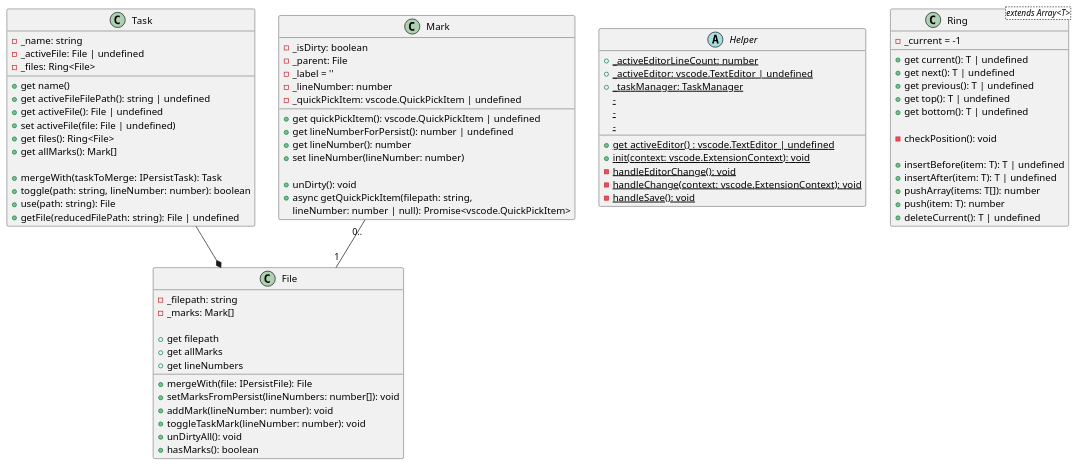
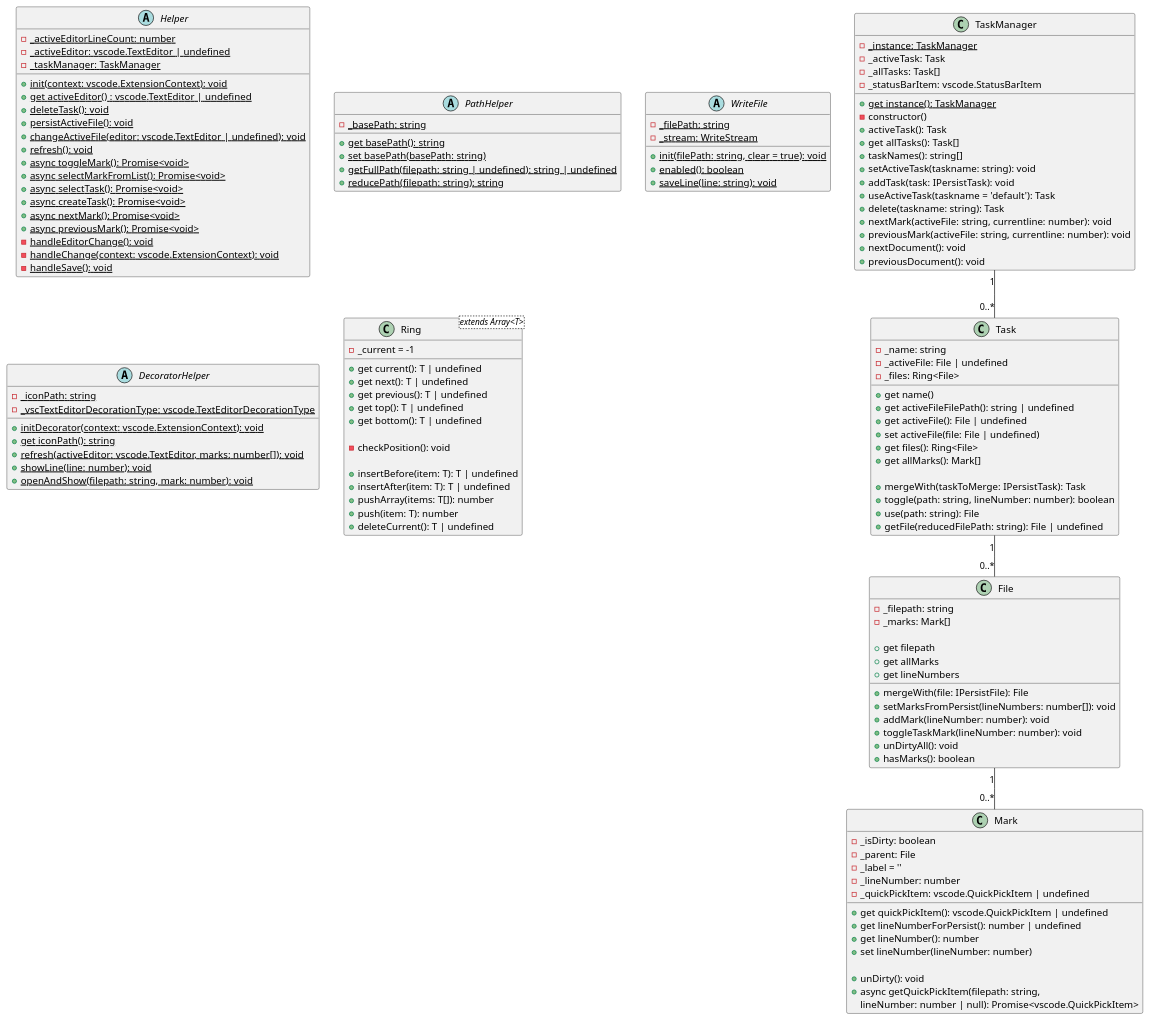
One commit to norbertK/taskmarks changed the diagram in docu/inMemory.puml. Above: the diagram before and after it, drawn with PlantUML. The commit also changed other lines of this file and 8 other files, not shown here.

```diff
--- a/docu/inMemory.puml
+++ b/docu/inMemory.puml
@@ -21,92 +3,146 @@
 @startuml
+
+class TaskManager {
+    -{static}_instance: TaskManager
+    +{static}get instance(): TaskManager
+    -constructor()
+ -_activeTask: Task
+ -_allTasks: Task[]
+ -_statusBarItem: vscode.StatusBarItem
+
+ +activeTask(): Task
+ +get allTasks(): Task[]
+ +taskNames(): string[]
+ +setActiveTask(taskname: string): void
+ +addTask(task: IPersistTask): void
+ +useActiveTask(taskname = 'default'): Task
+ +delete(taskname: string): Task
+ +nextMark(activeFile: string, currentline: number): void
+ +previousMark(activeFile: string, currentline: number): void
+ +nextDocument(): void
+ +previousDocument(): void
+}
 
 class Task {
  -_name: string
  -_activeFile: File | undefined
  -_files: Ring<File>
 
  +get name()
  +get activeFileFilePath(): string | undefined
  +get activeFile(): File | undefined
  +set activeFile(file: File | undefined)
  +get files(): Ring<File>
  +get allMarks(): Mark[] 
 
  +mergeWith(taskToMerge: IPersistTask): Task
  +toggle(path: string, lineNumber: number): boolean
  +use(path: string): File
  +getFile(reducedFilePath: string): File | undefined
 }
 
 abstract class Helper{
-    +{static}_activeEditorLineCount: number
-    +{static}_activeEditor: vscode.TextEditor | undefined
-    +{static}_taskManager: TaskManager
+    -{static}_activeEditorLineCount: number
+    -{static}_activeEditor: vscode.TextEditor | undefined
+    -{static}_taskManager: TaskManager
+    +{static}init(context: vscode.ExtensionContext): void
     +{static}get activeEditor() : vscode.TextEditor | undefined
-    +{static}init(context: vscode.ExtensionContext): void
-    -{static}
+    +{static}deleteTask(): void
+    +{static}persistActiveFile(): void
+    +{static}changeActiveFile(editor: vscode.TextEditor | undefined): void
+    +{static}refresh(): void
+    +{static}async toggleMark(): Promise<void>
+    +{static}async selectMarkFromList(): Promise<void>
+    +{static}async selectTask(): Promise<void>
+    +{static}async createTask(): Promise<void>
+    +{static}async nextMark(): Promise<void>
+    +{static}async previousMark(): Promise<void>
     -{static}handleEditorChange(): void
     -{static}handleChange(context: vscode.ExtensionContext): void
     -{static}handleSave(): void
-    -{static}
-    -{static}
+}
+
+abstract class PathHelper{
+    -{static}_basePath: string
+    +{static}get basePath(): string
+    +{static}set basePath(basePath: string)
+    +{static}getFullPath(filepath: string | undefined): string | undefined
+    +{static}reducePath(filepath: string): string
+}
+
+abstract class WriteFile{
+    -{static}_filePath: string
+    -{static}_stream: WriteStream
+    +{static}init(filePath: string, clear = true): void
+    +{static}enabled(): boolean
+    +{static}saveLine(line: string): void
+}
+
+abstract class DecoratorHelper{
+    -{static}_iconPath: string
+    -{static}_vscTextEditorDecorationType: vscode.TextEditorDecorationType
+    +{static}initDecorator(context: vscode.ExtensionContext): void
+    +{static}get iconPath(): string
+    +{static}refresh(activeEditor: vscode.TextEditor, marks: number[]): void
+    +{static}showLine(line: number): void
+    +{static}openAndShow(filepath: string, mark: number): void
 }
 
 class Ring<extends Array<T>> {
     -_current = -1
 
     +get current(): T | undefined
     +get next(): T | undefined
     +get previous(): T | undefined
     +get top(): T | undefined
     +get bottom(): T | undefined
     
     -checkPosition(): void
 
     +insertBefore(item: T): T | undefined
     +insertAfter(item: T): T | undefined
     +pushArray(items: T[]): number
     +push(item: T): number
     +deleteCurrent(): T | undefined
 
 
 }
 
 class File {
  -_filepath: string
  -_marks: Mark[]
 
  +get filepath
  +get allMarks
  +get lineNumbers
 
  +mergeWith(file: IPersistFile): File
  +setMarksFromPersist(lineNumbers: number[]): void
  +addMark(lineNumber: number): void
  +toggleTaskMark(lineNumber: number): void
  +unDirtyAll(): void
  +hasMarks(): boolean
 }
 
 class Mark {
  -_isDirty: boolean
  -_parent: File
  -_label = ''
  -_lineNumber: number
  -_quickPickItem: vscode.QuickPickItem | undefined
 
  +get quickPickItem(): vscode.QuickPickItem | undefined
  +get lineNumberForPersist(): number | undefined
  +get lineNumber(): number
  +set lineNumber(lineNumber: number)
 
  +unDirty(): void
  +async getQuickPickItem(filepath: string,
     lineNumber: number | null): Promise<vscode.QuickPickItem>
 }
 
-Mark "0.." -- "1" File 
-Task --* File 
- 
+TaskManager "1" -- "0..*" Task
+Task "1" -- "0..*" File
+File "1" -- "0..*" Mark
 
 @enduml
```
